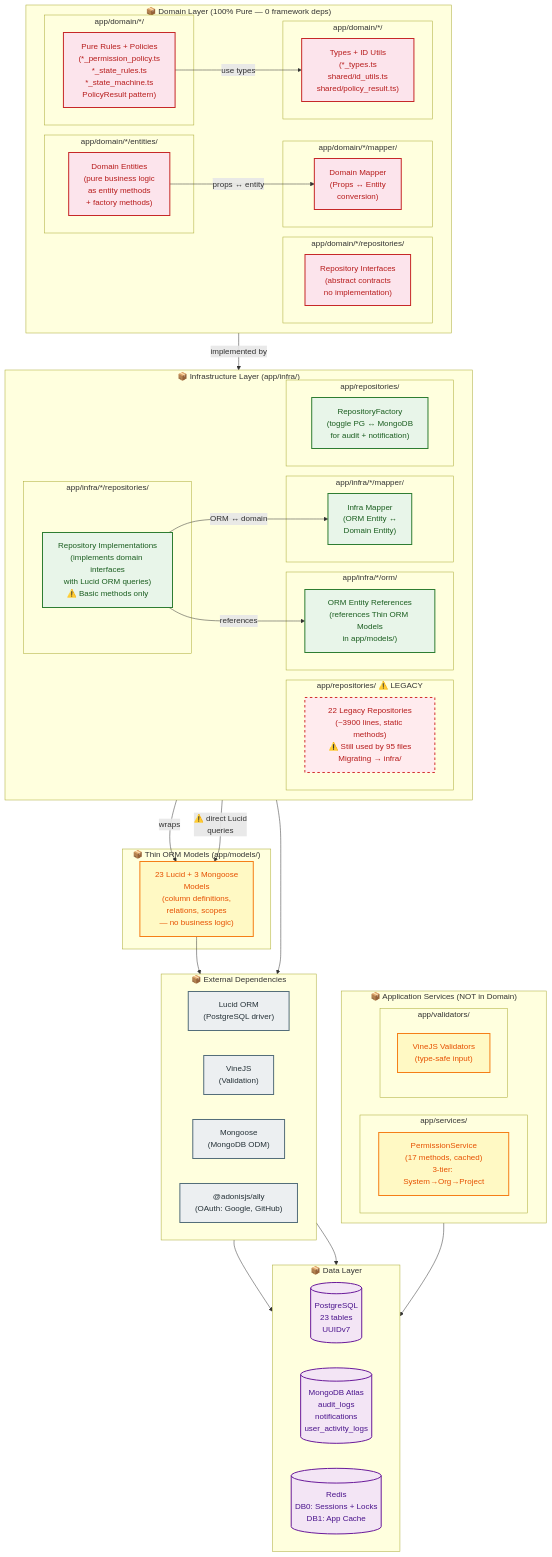
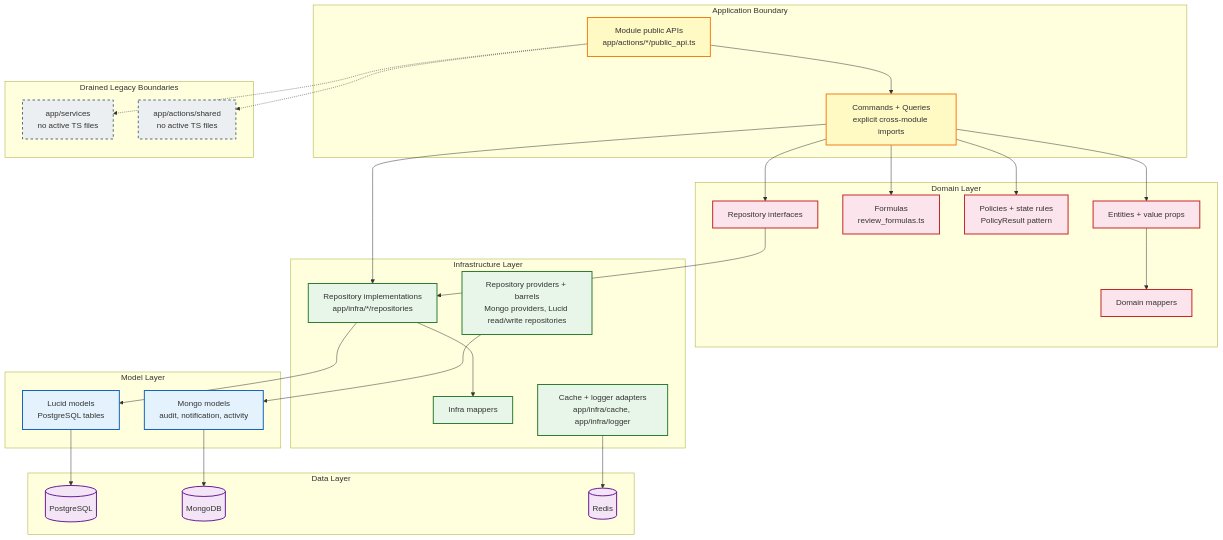
The diagram in diagram/Package/pkg_04_domain_infra.mmd (DuyetTN3112/Suar), drawn with Mermaid before and after one commit. The commit also changed 135 other files, not shown here.

```diff
--- a/diagram/Package/pkg_04_domain_infra.mmd
+++ b/diagram/Package/pkg_04_domain_infra.mmd
@@ -1,110 +1,73 @@
-%% Package Diagram: Suar Platform — Domain & Infrastructure Layers (Detail)
-%% Shows domain entities, repository interfaces, domain mappers, infra layer, and data stores.
-%% Clean Architecture + DDD: Domain defines contracts, Infrastructure implements them.
-%% Domain is consumed by Application Layer (pkg_03).
-%% ✅ Updated 2026-03: Domain is 100% pure (no framework deps)
-%% ✅ PermissionService & Validators moved to correct layers (not Domain)
-%% ⚠️ Legacy repos (app/repositories/) still in use — migration in progress
-%% ✅ Firebase phone auth removed khỏi codebase (2026-03)
+%% Package Diagram: Suar Platform - Domain & Infrastructure Layers
+%% Updated 2026-05-12.
+%% Domain remains framework-free; infra owns persistence access.
 
 graph TD
-    subgraph domain["📦 Domain Layer (100% Pure — 0 framework deps)"]
-        direction LR
-        subgraph entities_pkg["app/domain/*/entities/"]
-            ENTITIES["Domain Entities\n(pure business logic\nas entity methods\n+ factory methods)"]
-        end
-        subgraph repo_iface_pkg["app/domain/*/repositories/"]
-            REPO_IFACE["Repository Interfaces\n(abstract contracts\nno implementation)"]
-        end
-        subgraph domain_mapper_pkg["app/domain/*/mapper/"]
-            DOMAIN_MAPPER["Domain Mapper\n(Props ↔ Entity\nconversion)"]
-        end
-        subgraph rules_pkg["app/domain/*/"]
-            RULES["Pure Rules + Policies\n(*_permission_policy.ts\n*_state_rules.ts\n*_state_machine.ts\nPolicyResult pattern)"]
-        end
-        subgraph domain_types_pkg["app/domain/*/"]
-            DOMAIN_TYPES["Types + ID Utils\n(*_types.ts\nshared/id_utils.ts\nshared/policy_result.ts)"]
-        end
+    subgraph app_boundary["Application Boundary"]
+        PUBLIC_API["Module public APIs\napp/actions/*/public_api.ts"]
+        ACTIONS["Commands + Queries\nexplicit cross-module imports"]
     end
 
-    subgraph app_services["📦 Application Services (NOT in Domain)"]
-        direction LR
-        subgraph services_pkg["app/services/"]
-            PERM_SVC["PermissionService\n(17 methods, cached)\n3-tier: System→Org→Project"]
-        end
-        subgraph validators_pkg["app/validators/"]
-            VALIDATORS["VineJS Validators\n(type-safe input)"]
-        end
+    subgraph domain["Domain Layer"]
+        ENTITIES["Entities + value props"]
+        FORMULAS["Formulas\nreview_formulas.ts"]
+        POLICIES["Policies + state rules\nPolicyResult pattern"]
+        REPO_IFACE["Repository interfaces"]
+        DOMAIN_MAPPER["Domain mappers"]
     end
 
-    subgraph infra["📦 Infrastructure Layer (app/infra/)"]
-        direction LR
-        subgraph orm_pkg["app/infra/*/orm/"]
-            ORM_REFS["ORM Entity References\n(references Thin ORM Models\nin app/models/)"]
-        end
-        subgraph repo_impl_pkg["app/infra/*/repositories/"]
-            REPO_IMPL["Repository Implementations\n(implements domain interfaces\nwith Lucid ORM queries)\n⚠️ Basic methods only"]
-        end
-        subgraph infra_mapper_pkg["app/infra/*/mapper/"]
-            INFRA_MAPPER["Infra Mapper\n(ORM Entity ↔\nDomain Entity)"]
-        end
-        subgraph legacy_repos_pkg["app/repositories/ ⚠️ LEGACY"]
-            LEGACY_REPOS["22 Legacy Repositories\n(~3900 lines, static methods)\n⚠️ Still used by 95 files\nMigrating → infra/"]
-        end
-        subgraph repo_factory_pkg["app/repositories/"]
-            REPOS["RepositoryFactory\n(toggle PG ↔ MongoDB\nfor audit + notification)"]
-        end
+    subgraph infra["Infrastructure Layer"]
+        REPO_IMPL["Repository implementations\napp/infra/*/repositories"]
+        INFRA_MAPPER["Infra mappers"]
+        CACHE_LOGGER["Cache + logger adapters\napp/infra/cache, app/infra/logger"]
+        REPO_PROVIDERS["Repository providers + barrels\nMongo providers, Lucid read/write repositories"]
     end
 
-    subgraph models_pkg["📦 Thin ORM Models (app/models/)"]
-        MODELS["23 Lucid + 3 Mongoose\nModels\n(column definitions,\nrelations, scopes\n— no business logic)"]
+    subgraph models["Model Layer"]
+        LUCID_MODELS["Lucid models\nPostgreSQL tables"]
+        MONGO_MODELS["Mongo models\naudit, notification, activity"]
     end
 
-    subgraph data["📦 Data Layer"]
-        direction LR
-        PG[("PostgreSQL\n23 tables\nUUIDv7")]
-        MONGO[("MongoDB Atlas\naudit_logs\nnotifications\nuser_activity_logs")]
-        REDIS[("Redis\nDB0: Sessions + Locks\nDB1: App Cache")]
+    subgraph data["Data Layer"]
+        PG[("PostgreSQL")]
+        MONGO[("MongoDB")]
+        REDIS[("Redis")]
     end
 
-    subgraph external["📦 External Dependencies"]
-        direction LR
-        LUCID["Lucid ORM\n(PostgreSQL driver)"]
-        VINE["VineJS\n(Validation)"]
-        MONGOOSE["Mongoose\n(MongoDB ODM)"]
-        ALLY["@adonisjs/ally\n(OAuth: Google, GitHub)"]
+    subgraph drained["Drained Legacy Boundaries"]
+        SERVICES["app/services\nno active TS files"]
+        SHARED["app/actions/shared\nno active TS files"]
     end
 
-    %% Domain → Infrastructure (interface → implementation)
-    REPO_IFACE -->|"implemented by"| REPO_IMPL
-    REPO_IMPL -->|"ORM ↔ domain"| INFRA_MAPPER
-    REPO_IMPL -->|"references"| ORM_REFS
-    ORM_REFS -->|"wraps"| MODELS
-    RULES -->|"use types"| DOMAIN_TYPES
+    PUBLIC_API --> ACTIONS
+    ACTIONS --> ENTITIES
+    ACTIONS --> FORMULAS
+    ACTIONS --> POLICIES
+    ACTIONS --> REPO_IFACE
+    ACTIONS --> REPO_IMPL
 
-    %% Mapper flow: Write: Request DTO → Domain Entity → ORM Entity
-    %% Read: ORM Entity → Domain Entity → Response DTO
-    ENTITIES -->|"props ↔ entity"| DOMAIN_MAPPER
+    ENTITIES --> DOMAIN_MAPPER
+    REPO_IFACE --> REPO_IMPL
+    REPO_IMPL --> INFRA_MAPPER
+    REPO_IMPL --> LUCID_MODELS
+    REPO_PROVIDERS --> MONGO_MODELS
+    CACHE_LOGGER --> REDIS
 
-    %% Legacy repos still in use
-    LEGACY_REPOS -->|"⚠️ direct Lucid\nqueries"| MODELS
+    LUCID_MODELS --> PG
+    MONGO_MODELS --> MONGO
 
-    %% Models → Data
-    MODELS --> LUCID --> PG
-    REPOS --> MONGOOSE --> MONGO
-    PERM_SVC --> REDIS
+    PUBLIC_API -.-> SERVICES
+    PUBLIC_API -.-> SHARED
 
-    classDef extStyle fill:#ECEFF1,stroke:#546E7A,stroke-width:2px,color:#263238
-    classDef domStyle fill:#FCE4EC,stroke:#C62828,stroke-width:2px,color:#B71C1C
-    classDef appSvcStyle fill:#FFF9C4,stroke:#F57F17,stroke-width:2px,color:#E65100
-    classDef infraStyle fill:#E8F5E9,stroke:#2E7D32,stroke-width:2px,color:#1B5E20
-    classDef legacyStyle fill:#FFEBEE,stroke:#D32F2F,stroke-width:2px,color:#B71C1C,stroke-dasharray: 5 5
-    classDef modelStyle fill:#FFF9C4,stroke:#F57F17,stroke-width:2px,color:#E65100
-    classDef dataStyle fill:#F3E5F5,stroke:#6A1B9A,stroke-width:2px,color:#4A148C
-    class LUCID,VINE,MONGOOSE,ALLY extStyle
-    class ENTITIES,REPO_IFACE,DOMAIN_MAPPER,RULES,DOMAIN_TYPES domStyle
-    class PERM_SVC,VALIDATORS appSvcStyle
-    class ORM_REFS,REPO_IMPL,INFRA_MAPPER,REPOS infraStyle
-    class LEGACY_REPOS legacyStyle
-    class MODELS modelStyle
+    classDef appStyle fill:#FFF9C4,stroke:#F57F17,stroke-width:2px,color:#333
+    classDef domStyle fill:#FCE4EC,stroke:#C62828,stroke-width:2px,color:#333
+    classDef infraStyle fill:#E8F5E9,stroke:#2E7D32,stroke-width:2px,color:#333
+    classDef modelStyle fill:#E3F2FD,stroke:#1565C0,stroke-width:2px,color:#333
+    classDef dataStyle fill:#F3E5F5,stroke:#6A1B9A,stroke-width:2px,color:#333
+    classDef drainedStyle fill:#ECEFF1,stroke:#546E7A,stroke-width:2px,color:#333,stroke-dasharray: 5 5
+    class PUBLIC_API,ACTIONS appStyle
+    class ENTITIES,FORMULAS,POLICIES,REPO_IFACE,DOMAIN_MAPPER domStyle
+    class REPO_IMPL,INFRA_MAPPER,CACHE_LOGGER,REPO_PROVIDERS infraStyle
+    class LUCID_MODELS,MONGO_MODELS modelStyle
     class PG,MONGO,REDIS dataStyle
+    class SERVICES,SHARED drainedStyle
```
